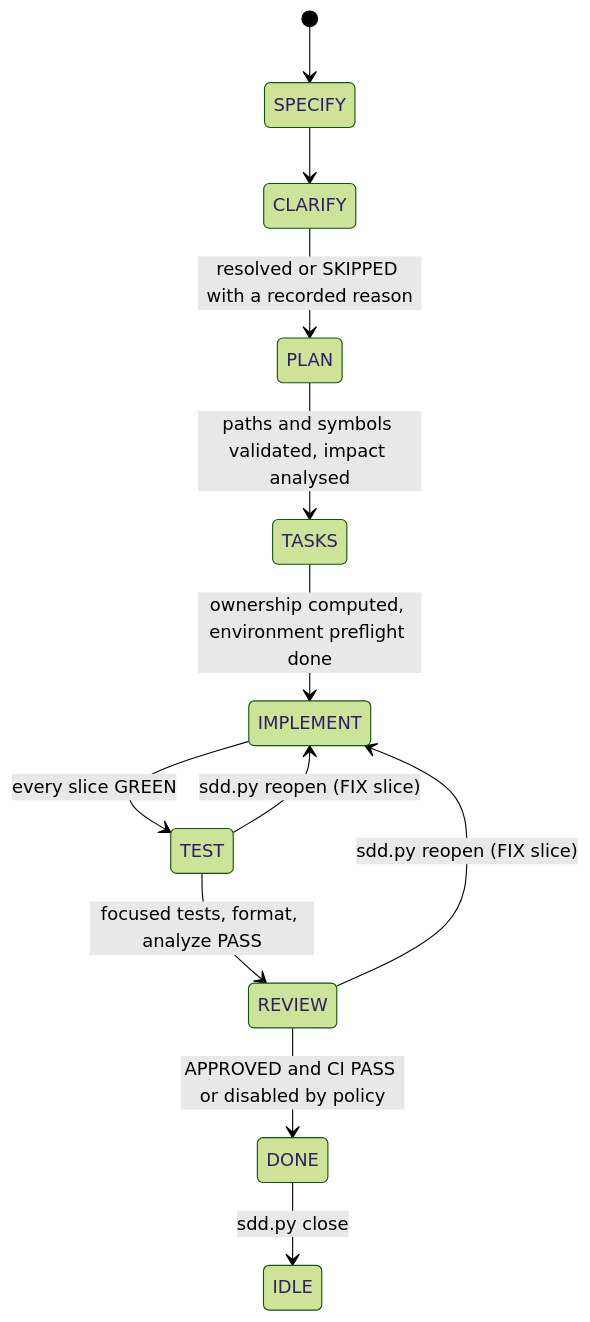
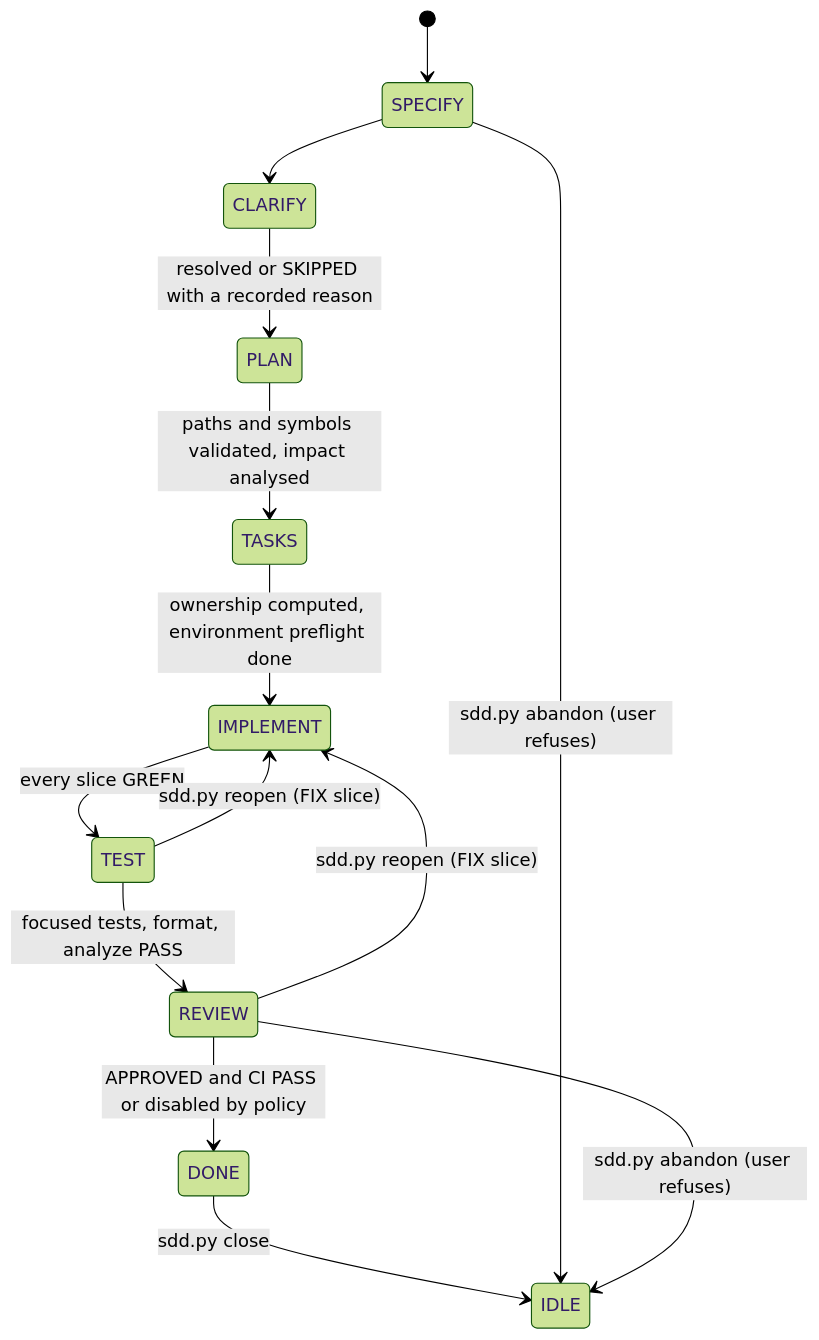
The diagram in docs/components/fsm-and-loop.md (FelipeAngeli/hermes-sdd-orchestrator), drawn with Mermaid (forest theme) before and after one commit. The commit also changed other lines of this file and 8 other files, not shown here.

````diff
--- a/docs/components/fsm-and-loop.md
+++ b/docs/components/fsm-and-loop.md
@@ -11,14 +11,16 @@
 ```mermaid
 stateDiagram-v2
     [*] --> SPECIFY
     SPECIFY --> CLARIFY
     CLARIFY --> PLAN: resolved or SKIPPED with a recorded reason
     PLAN --> TASKS: paths and symbols validated, impact analysed
     TASKS --> IMPLEMENT: ownership computed, environment preflight done
     IMPLEMENT --> TEST: every slice GREEN
     TEST --> REVIEW: focused tests, format, analyze PASS
     REVIEW --> DONE: APPROVED and CI PASS or disabled by policy
     TEST --> IMPLEMENT: sdd.py reopen (FIX slice)
     REVIEW --> IMPLEMENT: sdd.py reopen (FIX slice)
     DONE --> IDLE: sdd.py close
+    SPECIFY --> IDLE: sdd.py abandon (user refuses)
+    REVIEW --> IDLE: sdd.py abandon (user refuses)
 ```
````
